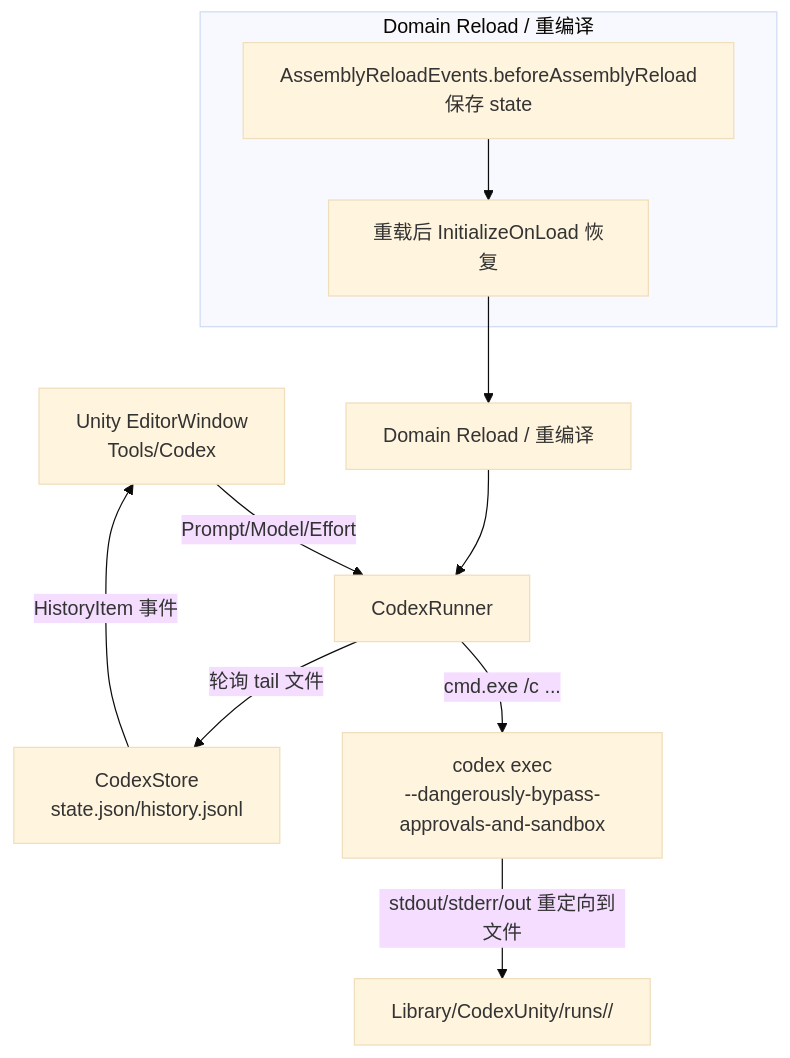
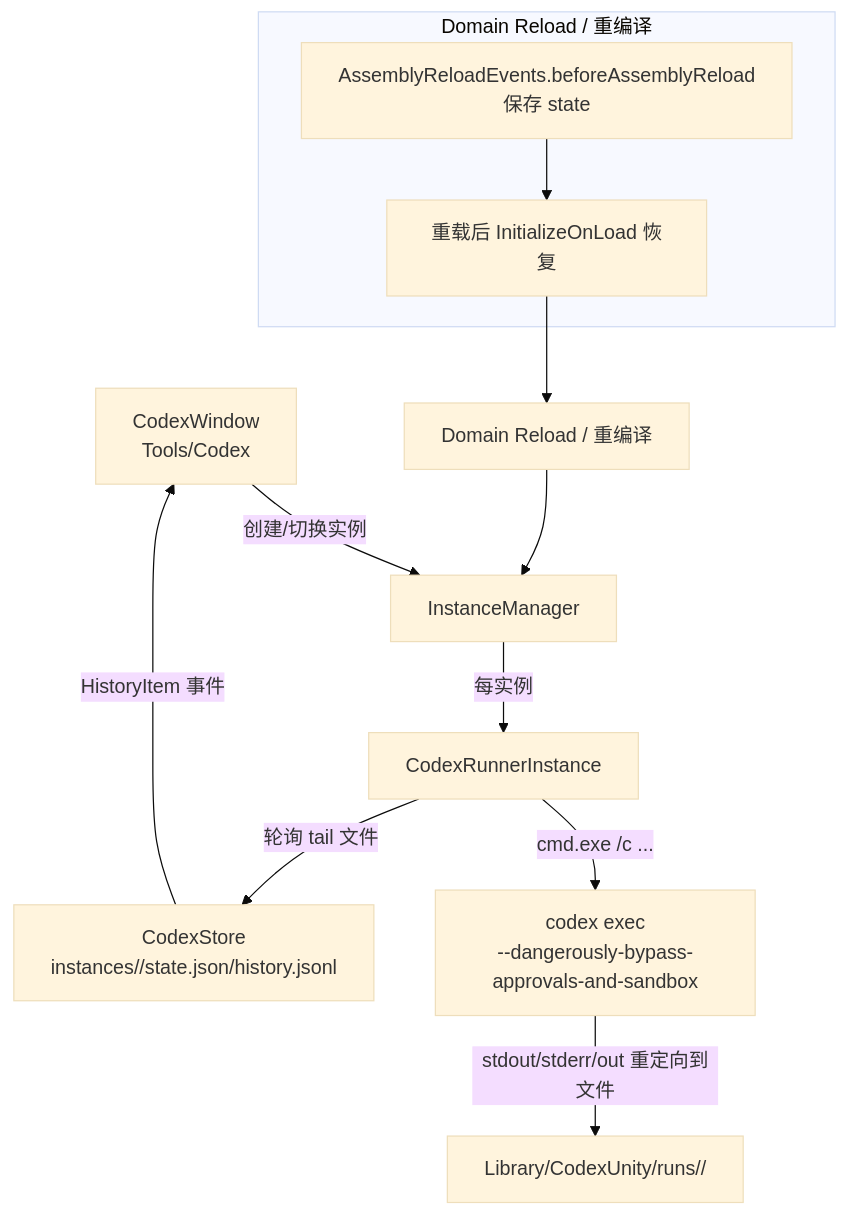
Before and after one commit to tja688/Unity6Test: the diagram in README.md, drawn with Mermaid (base theme). The commit also changed other lines of this file, not shown here.

````diff
--- a/README.md
+++ b/README.md
@@ -22,14 +30,15 @@
 ```mermaid
 flowchart TD
-  U["Unity EditorWindow<br/>Tools/Codex"] -->|Prompt/Model/Effort| R["CodexRunner"]
+  U["CodexWindow<br/>Tools/Codex"] -->|创建/切换实例| M["InstanceManager"]
+  M -->|每实例| R["CodexRunnerInstance"]
   R -->|"cmd.exe /c ..."| P["codex exec<br/>--dangerously-bypass-approvals-and-sandbox"]
   P -->|"stdout/stderr/out 重定向到文件"| F["Library/CodexUnity/runs/<runId>/"]
-  R -->|"轮询 tail 文件"| S["CodexStore<br/>state.json/history.jsonl"]
+  R -->|"轮询 tail 文件"| S["CodexStore<br/>instances/<id>/state.json/history.jsonl"]
   S -->|"HistoryItem 事件"| U
 
-  DRN["Domain Reload / 重编译"] --> R
+  DRN["Domain Reload / 重编译"] --> M
   subgraph DR["Domain Reload / 重编译"]
     X["AssemblyReloadEvents.beforeAssemblyReload<br/>保存 state"] --> Y["重载后 InitializeOnLoad 恢复"]
   end
   Y --> DRN
 ```
````
